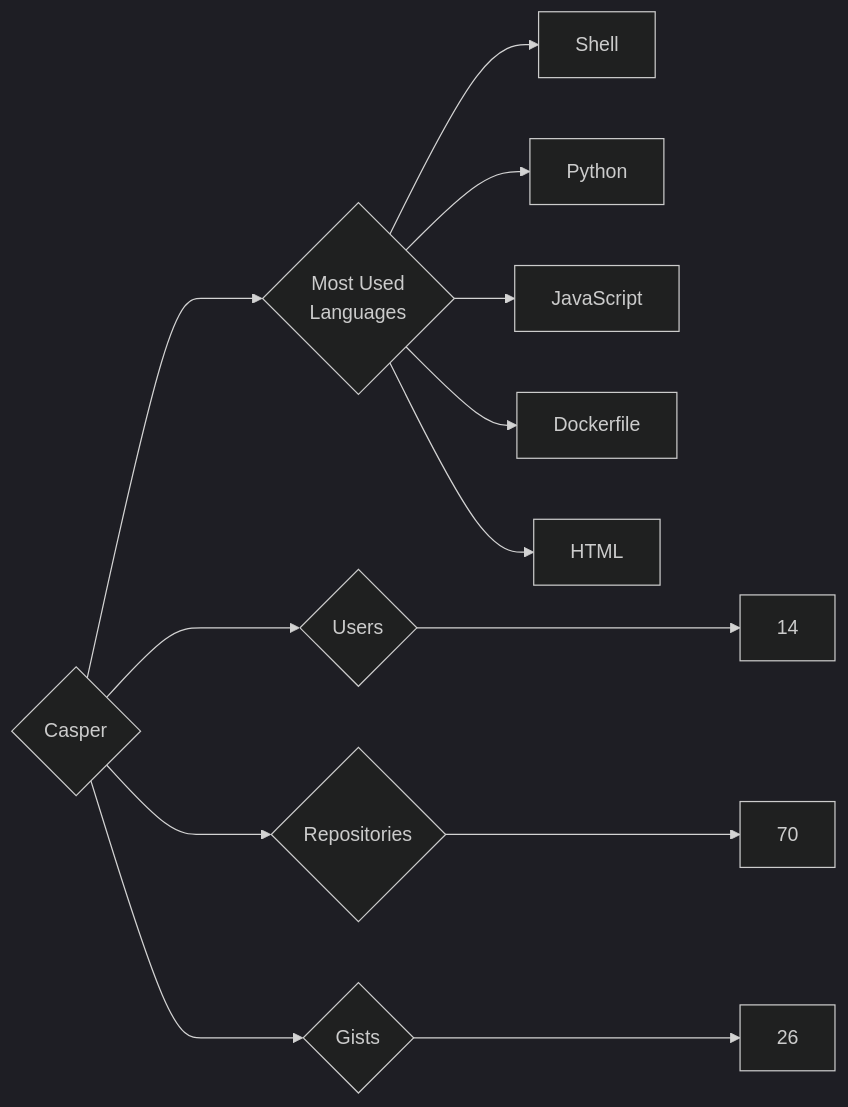
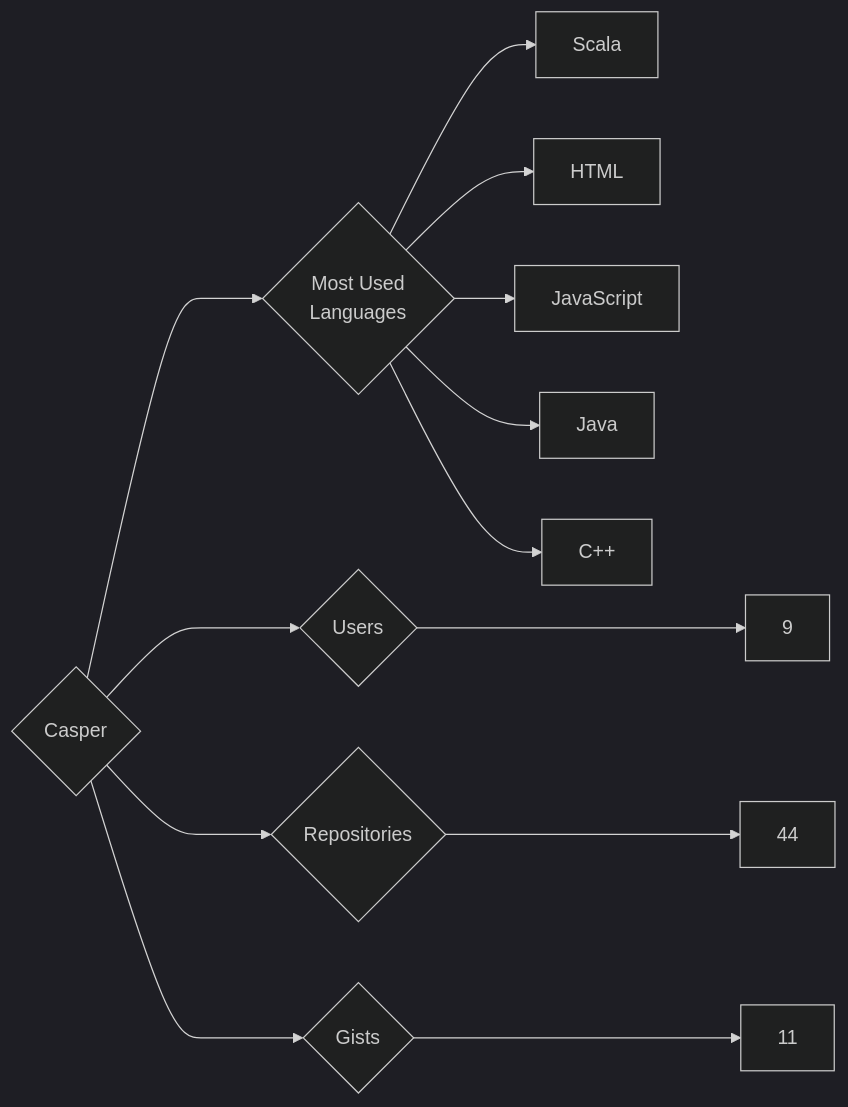
One commit to trickest/insiders changed the diagram in targets/Casper/README.md. Above: the diagram before and after it, drawn with Mermaid (dark theme). The commit also changed 809 other files, not shown here.

````diff
--- a/targets/Casper/README.md
+++ b/targets/Casper/README.md
@@ -3,13 +3,13 @@
 ```mermaid
 graph LR
 COMPANY_NAME{Casper}
-COMPANY_NAME ---> U{Users} ---> UN[14]
-COMPANY_NAME ---> R{Repositories} ---> RN[70]
-COMPANY_NAME ---> G{Gists} ---> GN[26]
+COMPANY_NAME ---> U{Users} ---> UN[9]
+COMPANY_NAME ---> R{Repositories} ---> RN[44]
+COMPANY_NAME ---> G{Gists} ---> GN[11]
 COMPANY_NAME ---> ML{Most Used<br>Languages}
-ML --> Shell[Shell]
-ML --> Python[Python]
+ML --> Scala[Scala]
+ML --> HTML[HTML]
 ML --> JavaScript[JavaScript]
-ML --> Dockerfile[Dockerfile]
-ML --> HTML[HTML]
+ML --> Java[Java]
+ML --> C++[C++]
 ```
````
